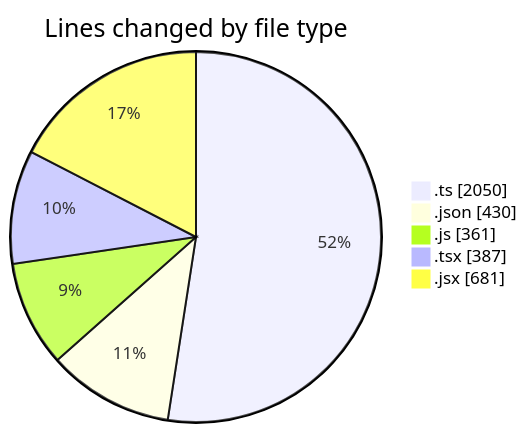
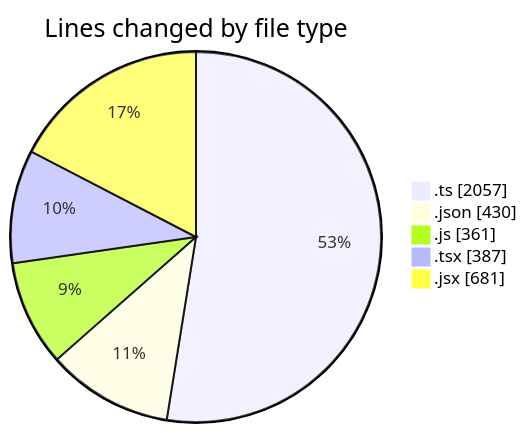
Before and after one commit to momahboobian/code-tracking: the first of 2 diagrams in 2025-10-29/cda/README.md, drawn with Mermaid. The commit also changed other lines of this file and 1 other file, not shown here.

````diff
--- a/2025-10-29/cda/README.md
+++ b/2025-10-29/cda/README.md
@@ -33,9 +33,9 @@
 ```mermaid
 pie showData
 title Lines changed by file type
-".ts" : 2050
+".ts" : 2057
 ".json" : 430
 ".js" : 361
 ".tsx" : 387
 ".jsx" : 681
 ```
````
